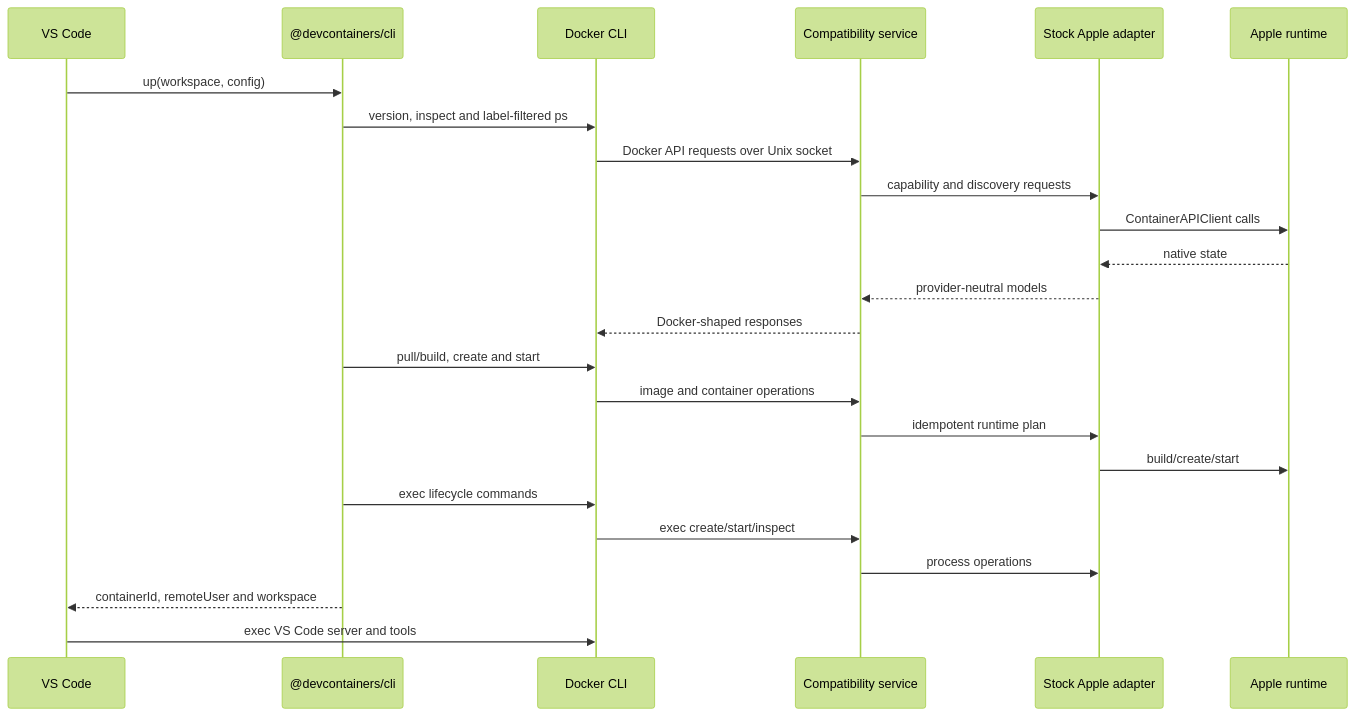
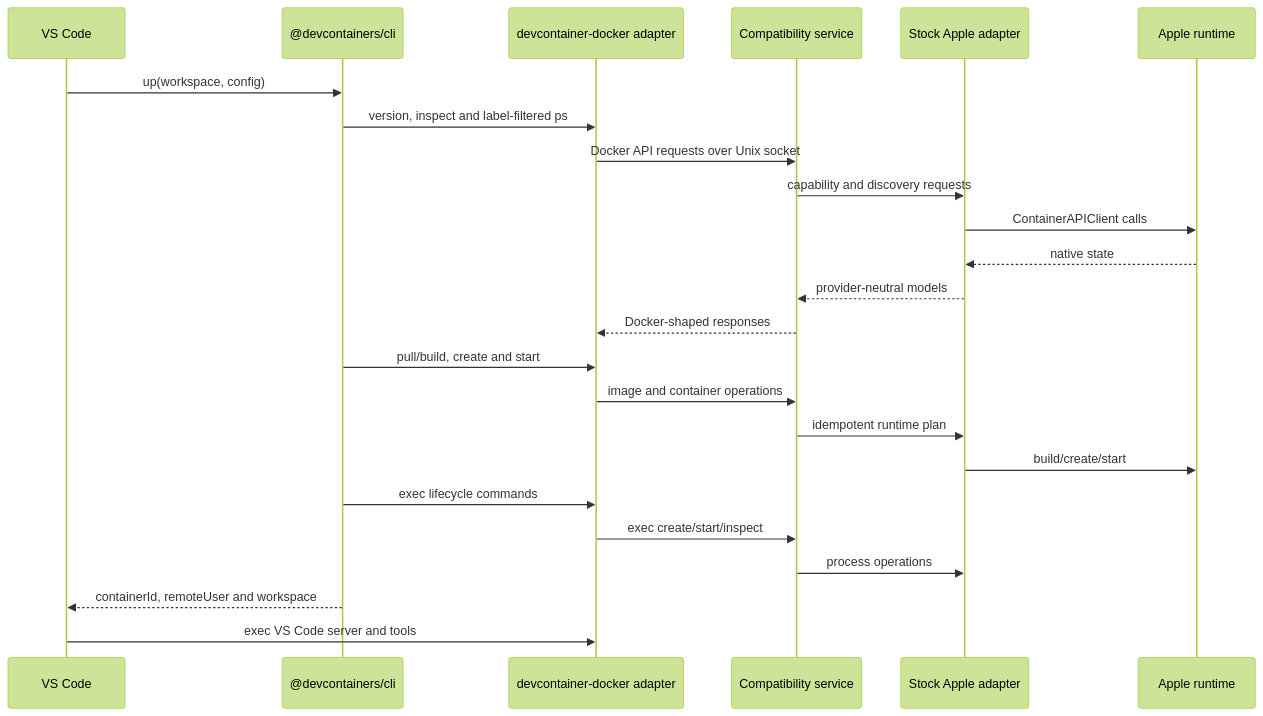
Before and after one commit to stephenlclarke/devcontainer: the fourth of 6 diagrams in DESIGN.md, drawn with Mermaid (forest theme). The commit also changed other lines of this file and 43 other files, not shown here.

````diff
--- a/DESIGN.md
+++ b/DESIGN.md
@@ -263,27 +269,28 @@
 ```mermaid
 sequenceDiagram
     participant VS as VS Code
     participant DC as @devcontainers/cli
-    participant D as Docker CLI
+    participant D as devcontainer-docker adapter
     participant S as Compatibility service
     participant A as Stock Apple adapter
+    participant S as Compatibility service
     participant R as Apple runtime
 
     VS->>DC: up(workspace, config)
     DC->>D: version, inspect and label-filtered ps
     D->>S: Docker API requests over Unix socket
     S->>A: capability and discovery requests
     A->>R: ContainerAPIClient calls
     R-->>A: native state
     A-->>S: provider-neutral models
     S-->>D: Docker-shaped responses
     DC->>D: pull/build, create and start
     D->>S: image and container operations
     S->>A: idempotent runtime plan
     A->>R: build/create/start
     DC->>D: exec lifecycle commands
     D->>S: exec create/start/inspect
     S->>A: process operations
     DC-->>VS: containerId, remoteUser and workspace
     VS->>D: exec VS Code server and tools
 ```
````
